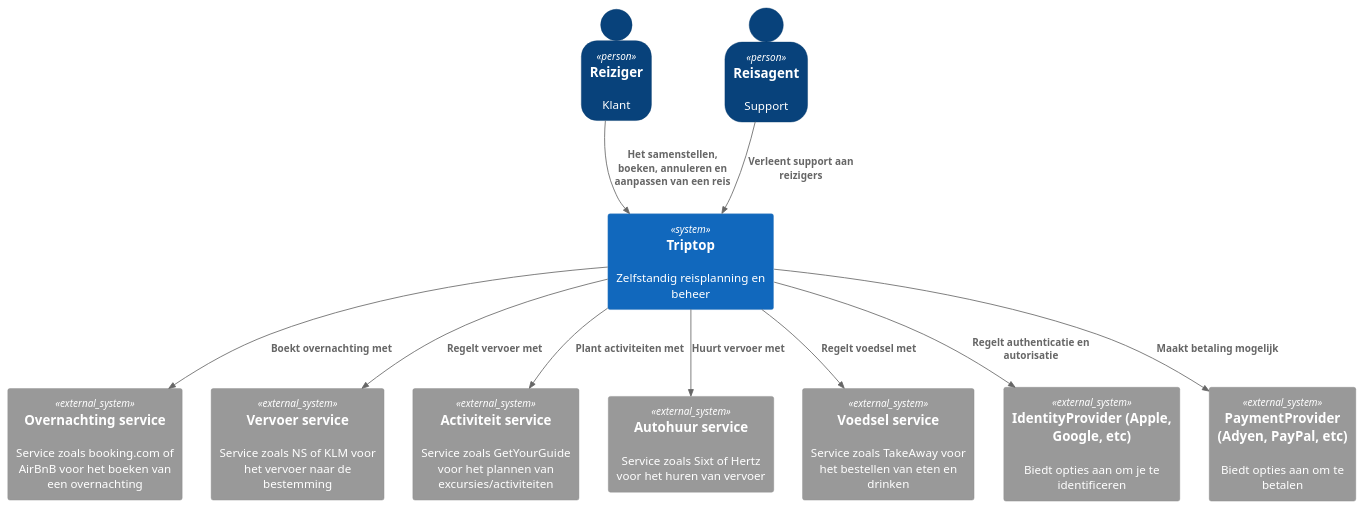
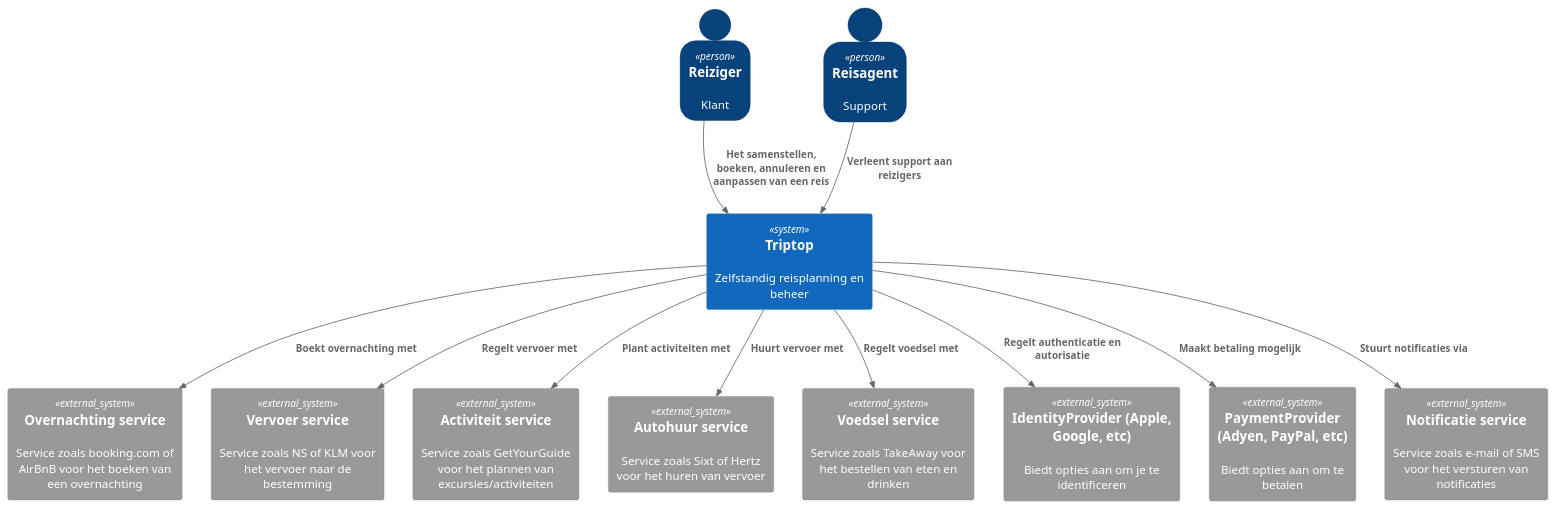
Before and after one commit to AIM-ENE-feb25/triptop-de-broederbond-fgs: the diagram in groeps-uitwerkingen/week1/diagrammen/context/context-diagram.puml, drawn with PlantUML.

Commit message:
Diagrammen overeen laten komen

```diff
--- a/groeps-uitwerkingen/week1/diagrammen/context/context-diagram.puml
+++ b/groeps-uitwerkingen/week1/diagrammen/context/context-diagram.puml
@@ -1,32 +1,33 @@
 @startuml
 
 !include  https://raw.githubusercontent.com/plantuml-stdlib/C4-PlantUML/master/C4_Container.puml
 
 SHOW_PERSON_OUTLINE()
 
 Person("Reiziger", "Reiziger", "Klant")
 Person("Reisagent", "Reisagent", "Support")
 
 System("Triptop", "Triptop", "Zelfstandig reisplanning en beheer")
 
 Rel("Reiziger", "Triptop", "Het samenstellen, boeken, annuleren en aanpassen van een reis")
 Rel("Reisagent", "Triptop", "Verleent support aan reizigers")
 
 System_Ext("OvernachtingService", "Overnachting service", "Service zoals booking.com of AirBnB voor het boeken van een overnachting")
 System_Ext("VervoerService", "Vervoer service", "Service zoals NS of KLM voor het vervoer naar de bestemming")
 System_Ext("ActiviteitService", "Activiteit service", "Service zoals GetYourGuide voor het plannen van excursies/activiteiten")
 System_Ext("AutohuurService", "Autohuur service", "Service zoals Sixt of Hertz voor het huren van vervoer")
 System_Ext("VoedselService", "Voedsel service", "Service zoals TakeAway voor het bestellen van eten en drinken")
 System_Ext("IdentityProvider","IdentityProvider (Apple, Google, etc)", "Biedt opties aan om je te identificeren")
 System_Ext("PaymentProvider","PaymentProvider (Adyen, PayPal, etc)", "Biedt opties aan om te betalen")
+System_Ext("NotificatieService", "Notificatie service", "Service zoals e-mail of SMS voor het versturen van notificaties")
 
 Rel("Triptop", "OvernachtingService", "Boekt overnachting met")
 Rel("Triptop", "VervoerService", "Regelt vervoer met")
 Rel("Triptop", "ActiviteitService", "Plant activiteiten met")
 Rel("Triptop", "AutohuurService", "Huurt vervoer met")
 Rel("Triptop", "VoedselService", "Regelt voedsel met")
-
 Rel("Triptop", "PaymentProvider", "Maakt betaling mogelijk")
 Rel("Triptop", "IdentityProvider", "Regelt authenticatie en autorisatie")
+Rel("Triptop", "NotificatieService", "Stuurt notificaties via")
 
 @enduml
```
